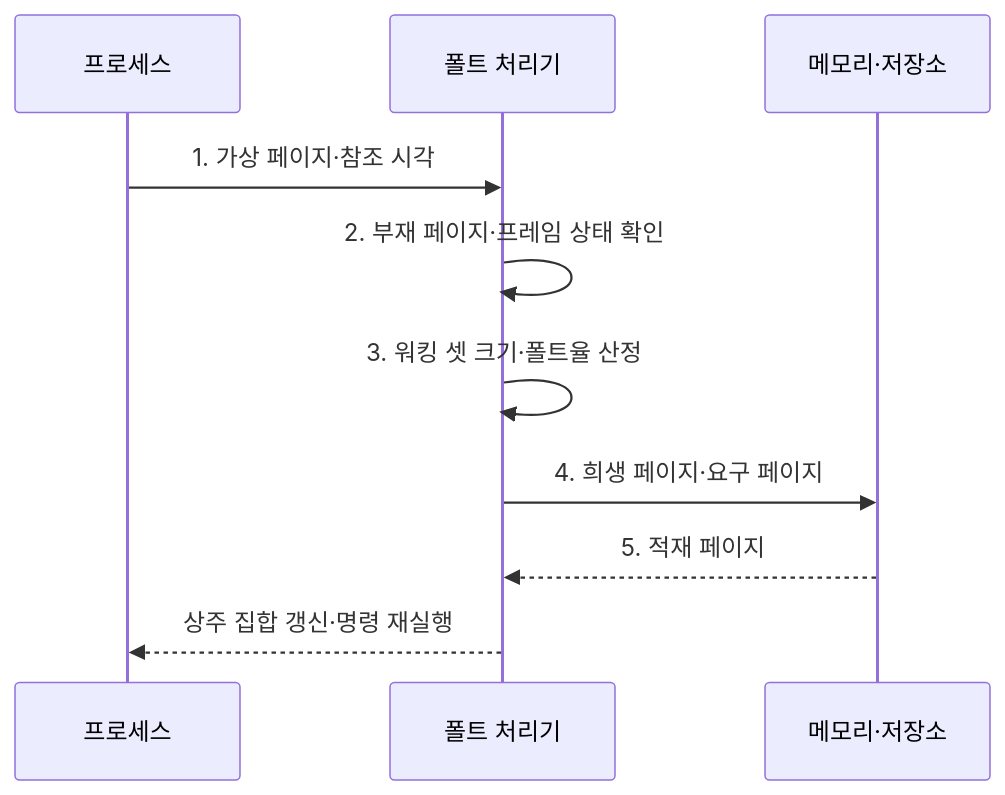
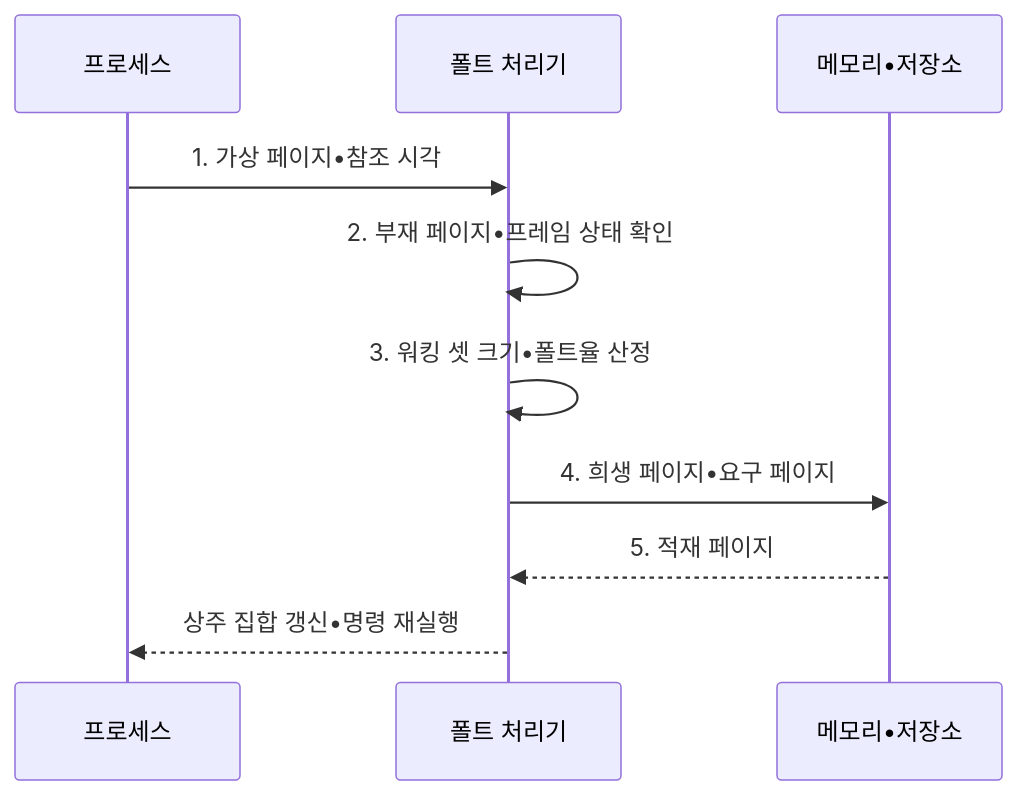
Before and after one commit to agnusdei1207/knowledge-base: the second of 2 diagrams in src/content/docs/notes/03-software/016_working_set_page_fault.md, drawn with Mermaid. The commit also changed other lines of this file and 953 other files, not shown here.

````diff
--- a/src/content/docs/notes/03-software/016_working_set_page_fault.md
+++ b/src/content/docs/notes/03-software/016_working_set_page_fault.md
@@ -106,12 +106,12 @@
 ```mermaid
 sequenceDiagram
     participant P as 프로세스
     participant H as 폴트 처리기
-    participant B as 메모리·저장소
-    P->>H: 1. 가상 페이지·참조 시각
-    H->>H: 2. 부재 페이지·프레임 상태 확인
-    H->>H: 3. 워킹 셋 크기·폴트율 산정
-    H->>B: 4. 희생 페이지·요구 페이지
+    participant B as 메모리•저장소
+    P->>H: 1. 가상 페이지•참조 시각
+    H->>H: 2. 부재 페이지•프레임 상태 확인
+    H->>H: 3. 워킹 셋 크기•폴트율 산정
+    H->>B: 4. 희생 페이지•요구 페이지
     B-->>H: 5. 적재 페이지
-    H-->>P: 상주 집합 갱신·명령 재실행
+    H-->>P: 상주 집합 갱신•명령 재실행
 ```
````
